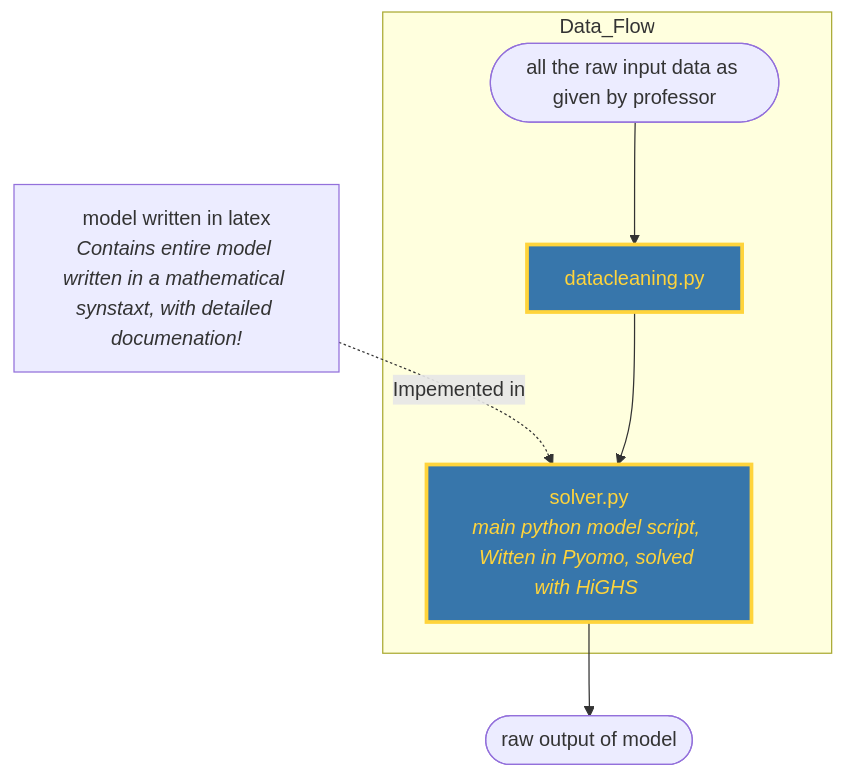
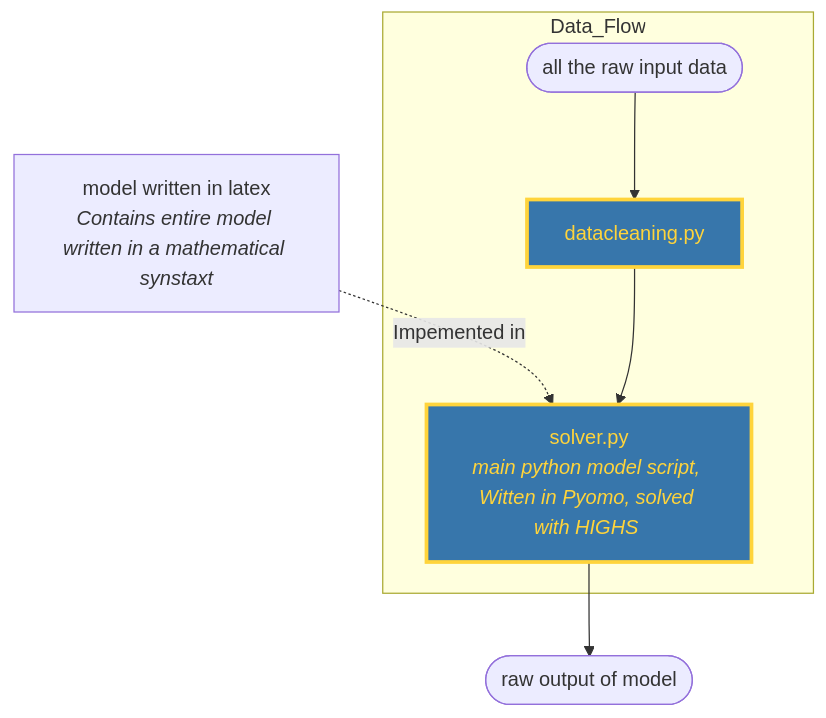
The diagram in prelim-assign/prelim-assign-report.md (RavSeime/or-central-repo), drawn with Mermaid before and after one commit. The commit also changed other lines of this file and 1 other file, not shown here.

````diff
--- a/prelim-assign/prelim-assign-report.md
+++ b/prelim-assign/prelim-assign-report.md
@@ -19,29 +19,29 @@
 ```mermaid
 
 flowchart TD
 
-model_doc[model written in latex<br><i>Contains entire model written in a mathematical synstaxt, with detailed documenation!]
+model_doc[model written in latex<br><i>Contains entire model written in a mathematical synstaxt]
 
-model_imp[solver.py<br><i>main python model script, Witten in Pyomo, solved with HiGHS <i>]:::python
+model_imp[solver.py<br><i>main python model script, Witten in Pyomo, solved with HIGHS <i>]:::python
 
-input([all the raw input data as given by professor])
+input([all the raw input data])
 
 cleaner_script[datacleaning.py]:::python
 
 raw_output([raw output of model])
 
 subgraph Data_Flow
  input
  cleaner_script
  model_imp
 end
 
 model_doc -. "Impemented in" .-> model_imp
 
 input --> cleaner_script
 cleaner_script --> model_imp
 model_imp --> raw_output
 
 
 classDef python fill:#3776AB,stroke:#FFD43B,stroke-width:3px,color:#FFD43B
 ```
````
